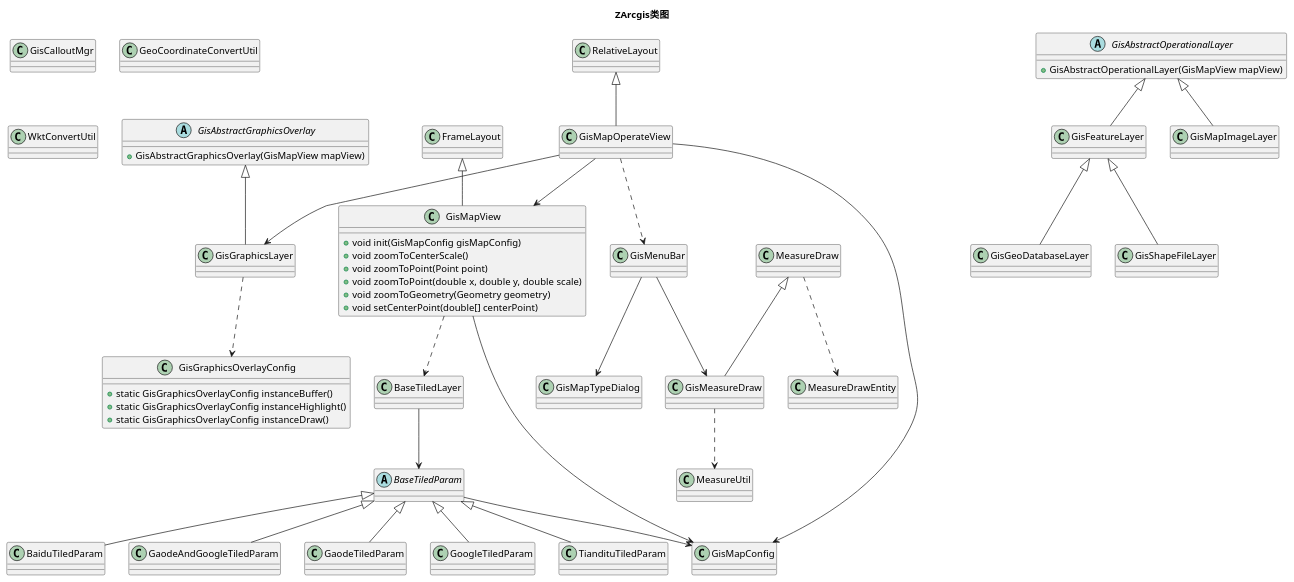
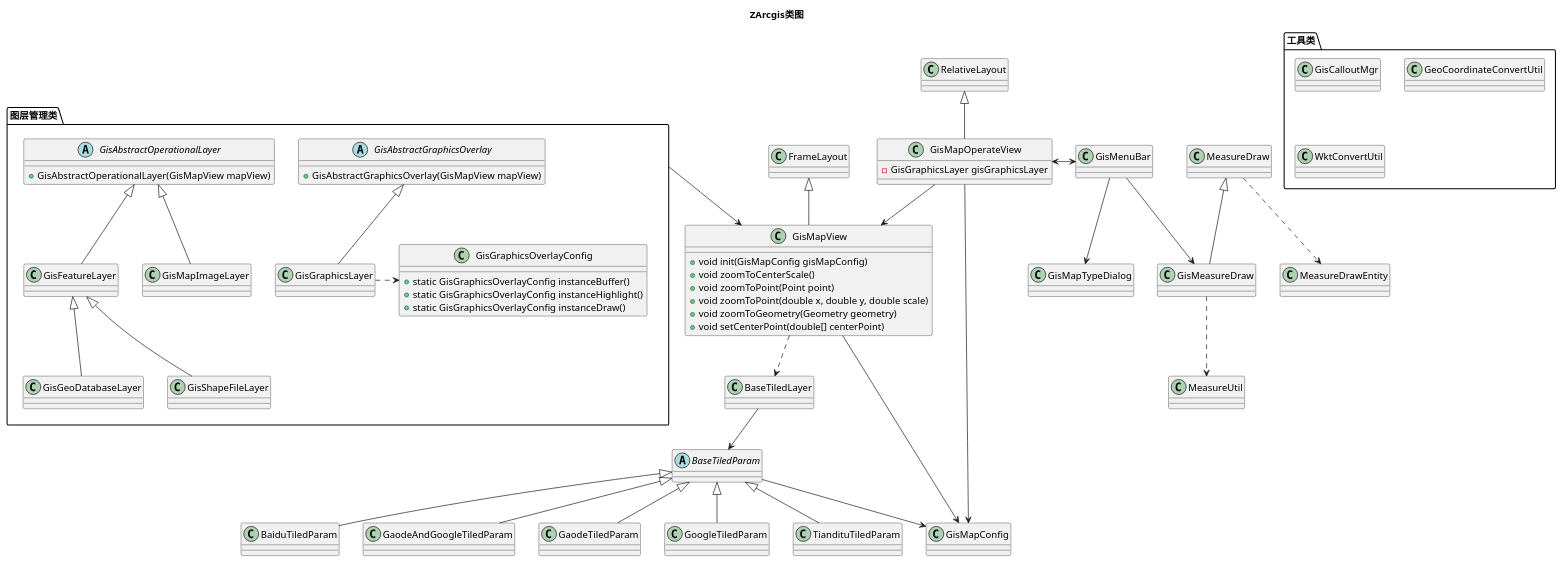
The diagram in plantuml.puml (zcolin/ZArcgis), drawn with PlantUML before and after one commit. The commit also changed 3 other files, not shown here.

Commit message:
# 增加uml类图

```diff
--- a/plantuml.puml
+++ b/plantuml.puml
@@ -1,61 +1,73 @@
 @startuml
 Title "ZArcgis类图"
 
-class GisCalloutMgr
-class GeoCoordinateConvertUtil
-class WktConvertUtil
-
-GisAbstractGraphicsOverlay<|-- GisGraphicsLayer
-GisAbstractOperationalLayer<|-- GisFeatureLayer
-GisFeatureLayer<|-- GisGeoDatabaseLayer
-GisFeatureLayer<|-- GisShapeFileLayer
-GisAbstractOperationalLayer<|-- GisMapImageLayer
-GisGraphicsLayer..>GisGraphicsOverlayConfig
-
-abstract class GisAbstractGraphicsOverlay{
-+ GisAbstractGraphicsOverlay(GisMapView mapView)
+namespace 工具类{
+    class GisCalloutMgr
+    class GeoCoordinateConvertUtil
+    class WktConvertUtil
 }
 
-abstract class GisAbstractOperationalLayer{
-+ GisAbstractOperationalLayer(GisMapView mapView)
+class GisMapView
+
+namespace 图层管理类{
+    GisAbstractGraphicsOverlay<|-- GisGraphicsLayer
+    GisAbstractOperationalLayer<|-- GisFeatureLayer
+    GisFeatureLayer<|-- GisGeoDatabaseLayer
+    GisFeatureLayer<|-- GisShapeFileLayer
+    GisAbstractOperationalLayer<|-- GisMapImageLayer
+    GisGraphicsLayer.>GisGraphicsOverlayConfig
+    
+    
+    abstract class GisAbstractGraphicsOverlay{
+        + GisAbstractGraphicsOverlay(GisMapView mapView)
+    }
+    
+    abstract class GisAbstractOperationalLayer{
+        + GisAbstractOperationalLayer(GisMapView mapView)
+    }
+    
+    class GisGraphicsOverlayConfig{
+        + static GisGraphicsOverlayConfig instanceBuffer()
+        + static GisGraphicsOverlayConfig instanceHighlight()
+        + static GisGraphicsOverlayConfig instanceDraw()
+    }
 }
 
-class GisGraphicsOverlayConfig{
-+ static GisGraphicsOverlayConfig instanceBuffer()
-+ static GisGraphicsOverlayConfig instanceHighlight()
-+ static GisGraphicsOverlayConfig instanceDraw()
-}
-
+图层管理类-->GisMapView
 RelativeLayout<|--GisMapOperateView
 FrameLayout<|--GisMapView
 GisMapOperateView-->GisMapView
-GisMapOperateView..>GisMenuBar
+GisMapOperateView<->GisMenuBar
 GisMenuBar-->GisMapTypeDialog
 GisMapOperateView-->GisMapConfig
 GisMapView-->GisMapConfig
-GisMapOperateView-->GisGraphicsLayer
+
+
+class GisMapOperateView{
+    - GisGraphicsLayer gisGraphicsLayer
+}
 
 class GisMapView{
-+ void init(GisMapConfig gisMapConfig)
-+ void zoomToCenterScale()
-+ void zoomToPoint(Point point)
-+ void zoomToPoint(double x, double y, double scale)
-+ void zoomToGeometry(Geometry geometry)
-+ void setCenterPoint(double[] centerPoint)
+    + void init(GisMapConfig gisMapConfig)
+    + void zoomToCenterScale()
+    + void zoomToPoint(Point point)
+    + void zoomToPoint(double x, double y, double scale)
+    + void zoomToGeometry(Geometry geometry)
+    + void setCenterPoint(double[] centerPoint)
 }
 
 abstract class BaseTiledParam
 BaseTiledParam<|--BaiduTiledParam
 BaseTiledParam<|--GaodeAndGoogleTiledParam
 BaseTiledParam<|--GaodeTiledParam
 BaseTiledParam<|--GoogleTiledParam
 BaseTiledParam<|--TiandituTiledParam
 BaseTiledParam-->GisMapConfig
 BaseTiledLayer-->BaseTiledParam
 GisMapView..>BaseTiledLayer
 
 MeasureDraw<|--GisMeasureDraw
 MeasureDraw..>MeasureDrawEntity
 GisMeasureDraw..>MeasureUtil
 GisMenuBar-->GisMeasureDraw
 @enduml
```
